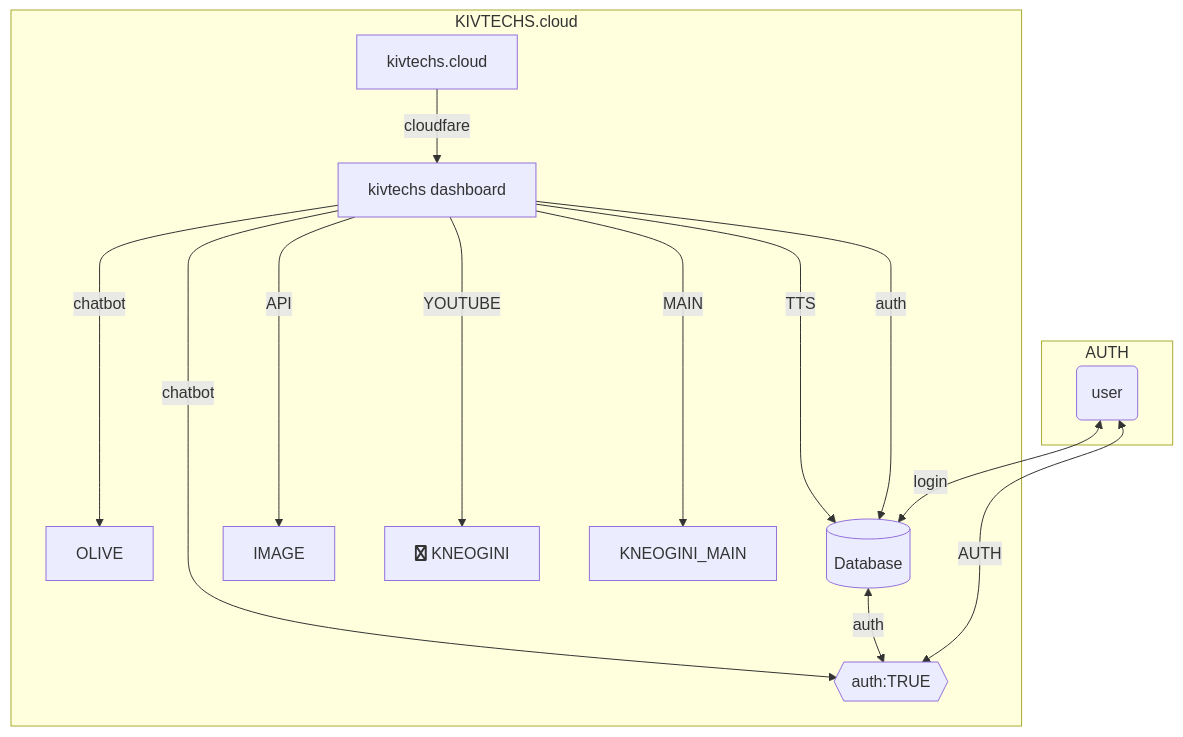
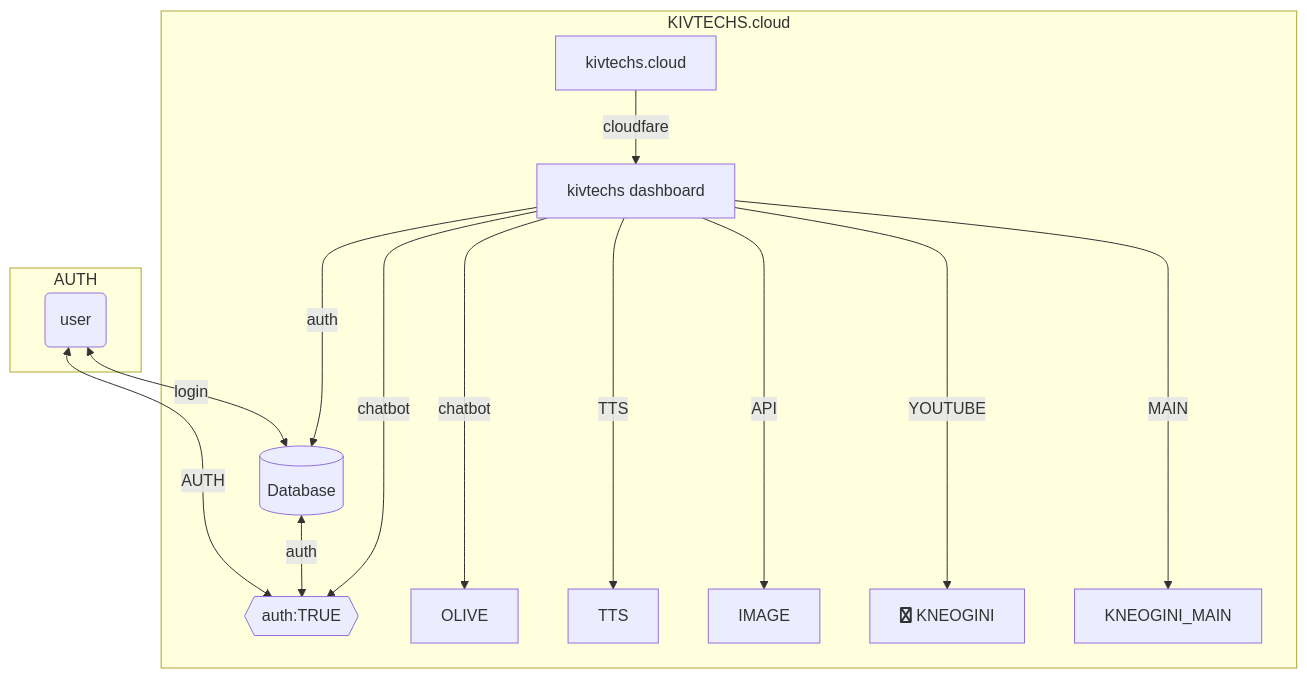
One commit to kivtechs-uml/kivtechs-uml changed the diagram in README.md. Above: the diagram before and after it, drawn with Mermaid.

````diff
--- a/README.md
+++ b/README.md
@@ -6,24 +6,24 @@
 ```mermaid
 flowchart TD
     subgraph KIVTECHS.cloud
     A[kivtechs.cloud] -->|cloudfare| B(kivtechs dashboard)
     B[kivtechs dashboard] ----> |chatbot| C1[IVORY]
     B[kivtechs dashboard] ----> |chatbot| C2[OLIVE]
-    B[kivtechs dashboard] ----> |TTS| D[TTS]
+    B[kivtechs dashboard] ----> |TTS| H[TTS]
     B[kivtechs dashboard] ----> |API| E[IMAGE]
     B[kivtechs dashboard] ----> |YOUTUBE| F[fa:fa-youtube KNEOGINI]
     B[kivtechs dashboard] ----> |MAIN| G[KNEOGINI_MAIN]
     B --auth-->D[(Database)]
     end
     subgraph AUTH
       A1(user) <-- login --> D[(Database)] <-- auth --> C1{{ auth:TRUE }}
      A1  <-- AUTH --> C1
      end
   
     
 
 
 
 
 
 ```
````
